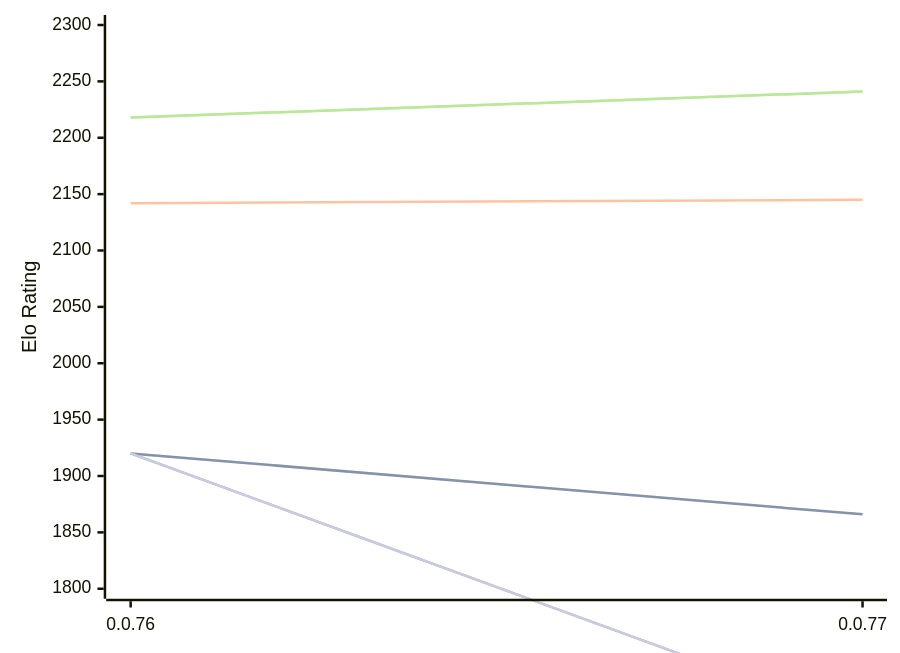
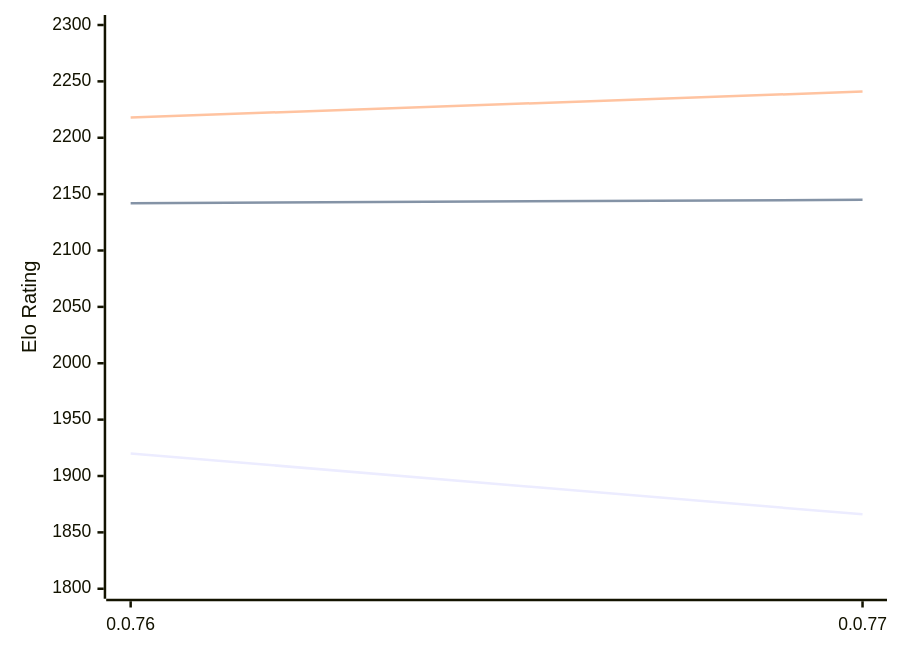
The diagram in engines/Fktb.md (computer-chess-index/cci), drawn with Mermaid before and after one commit. The commit also changed other lines of this file, not shown here.

````diff
--- a/engines/Fktb.md
+++ b/engines/Fktb.md
@@ -48,13 +48,9 @@
 ```mermaid
 %%{init: {"theme":"base","themeVariables":{"seriesColors:['#a3a3a3','#222221','#faa371']}}}%%
 xychart-beta
   x-axis ["0.0.76", "0.0.77"]
   y-axis "Elo Rating" 1800 --> 2300
-  line "" [1920, 1866]
   line "T1: STC (8.0+0.08s)" [1920, 1866]
   line "T1: LTC (60.0+0.60s)" [2142, 2145]
-  line "" [2218, 2241]
   line "T1: VLTC (2m24s+1.12s)" [2218, 2241]
-  line "" [1920,1683]
-  line "E1: STC (8.0+0.08s)" [1920,1683]
 ```
````
